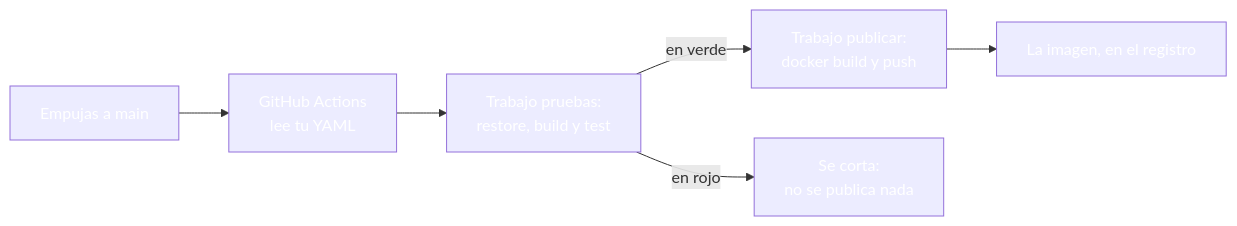
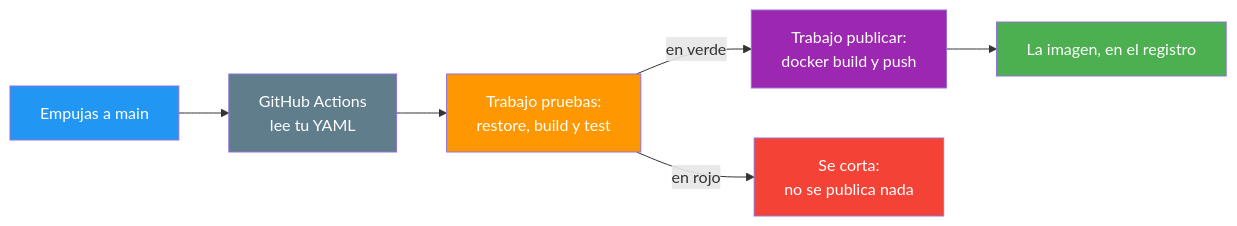
One commit to joseluisgs/DesarrolloWebEntornosServidor-03-2026-2027 changed the sixth of 6 diagrams in 25-docker-despliegue.md. Above: the diagram before and after it, drawn with Mermaid. The commit also changed other lines of this file and 25 other files, not shown here.

Commit message:
docs: corregir los estilos Mermaid de los temas y alinear el dominio del tema 25 con ProductosApp

````diff
--- a/25-docker-despliegue.md
+++ b/25-docker-despliegue.md
@@ -349,14 +349,14 @@
 ```mermaid
 graph LR
     C["Empujas a main"] --> A["GitHub Actions<br/>lee tu YAML"]
     A --> P["Trabajo pruebas:<br/>restore, build y test"]
     P -->|"en verde"| D["Trabajo publicar:<br/>docker build y push"]
     P -->|"en rojo"| N["Se corta:<br/>no se publica nada"]
     D --> R["La imagen, en el registro"]
-    style C fill:#2196F,color:#fff3,color:#fff
-    style A fill:#607D8,color:#fffB,color:#fff
-    style P fill:#FF980,color:#fff0,color:#fff
-    style D fill:#9C27B,color:#fff0,color:#fff
-    style N fill:#f4433,color:#fff6,color:#fff
-    style R fill:#4CAF5,color:#fff0,color:#fff
+    style C fill:#2196F3,color:#fff
+    style A fill:#607D8B,color:#fff
+    style P fill:#FF9800,color:#fff
+    style D fill:#9C27B0,color:#fff
+    style N fill:#f44336,color:#fff
+    style R fill:#4CAF50,color:#fff
 ```
````
